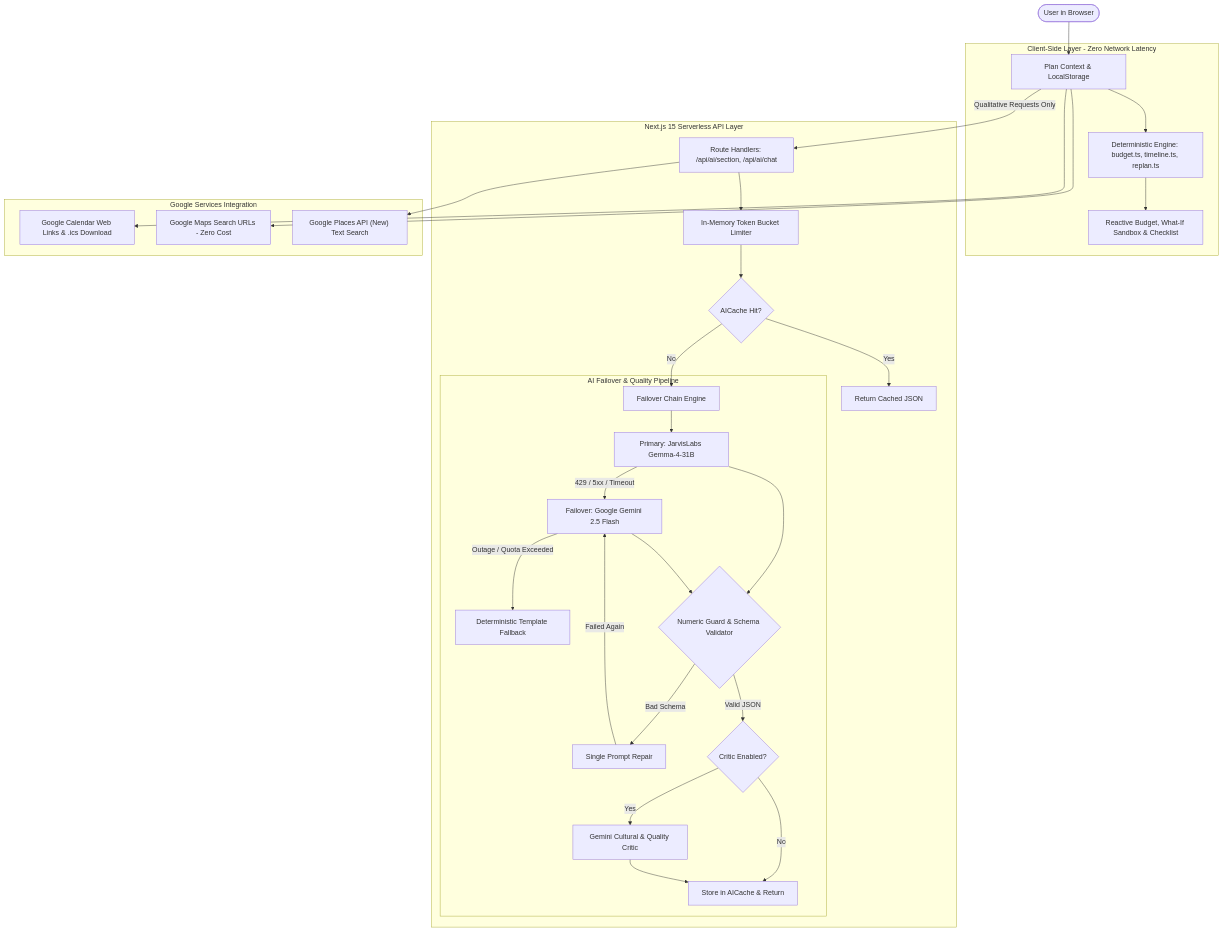
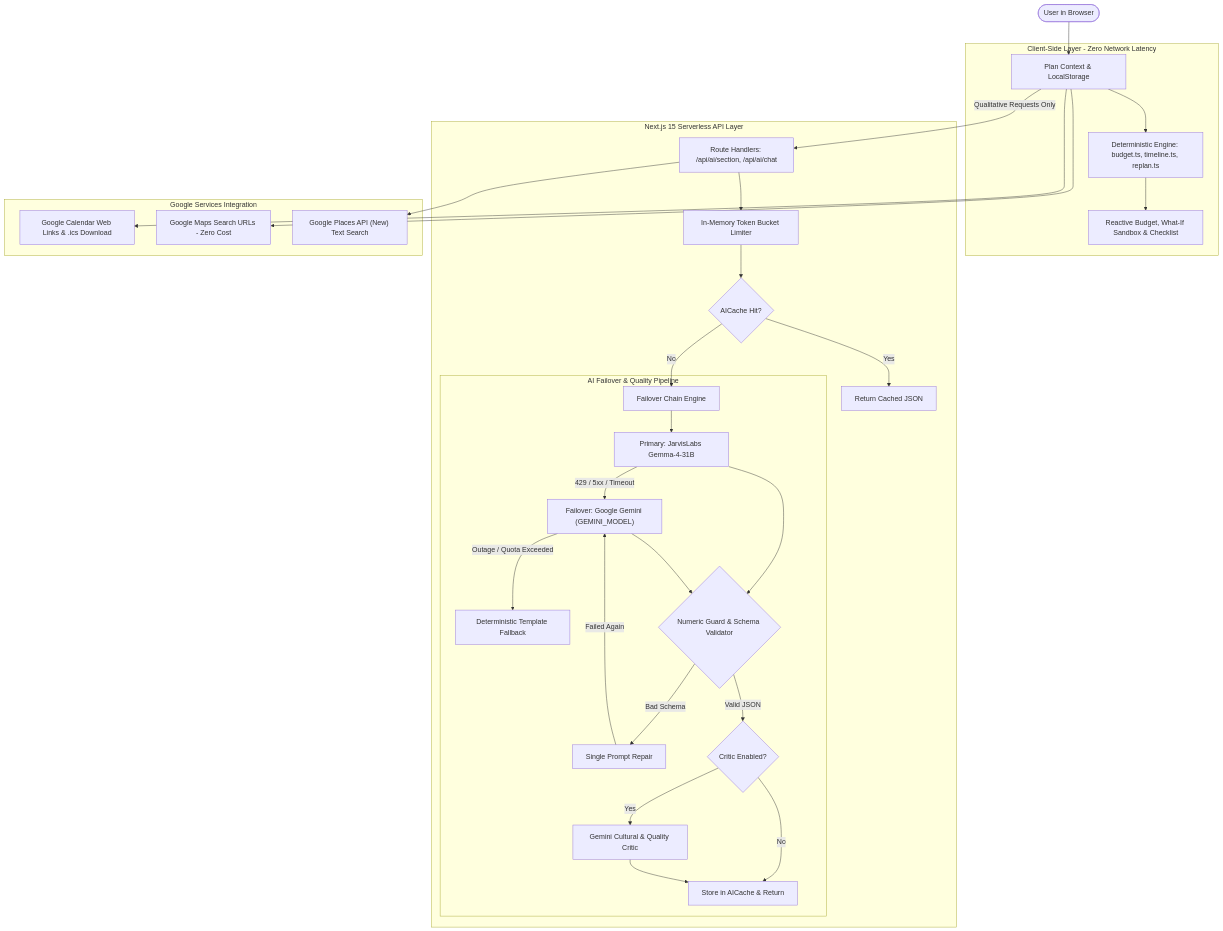
Before and after one commit to CodeCatalyst-07/utsav_planner: the diagram in README.md, drawn with Mermaid. The commit also changed other lines of this file and 2 other files, not shown here.

````diff
--- a/README.md
+++ b/README.md
@@ -55,38 +55,38 @@
 ```mermaid
 flowchart TD
     User(["User in Browser"]) --> ClientContext["Plan Context & LocalStorage"]
 
     subgraph ClientLayer ["Client-Side Layer - Zero Network Latency"]
         ClientContext --> PureRules["Deterministic Engine: budget.ts, timeline.ts, replan.ts"]
         PureRules --> LiveView["Reactive Budget, What-If Sandbox & Checklist"]
     end
 
     subgraph ServerAPILayer ["Next.js 15 Serverless API Layer"]
         ClientContext -->|Qualitative Requests Only| RouteHandlers["Route Handlers: /api/ai/section, /api/ai/chat"]
         RouteHandlers --> RateLimiter["In-Memory Token Bucket Limiter"]
         RateLimiter --> CacheCheck{"AICache Hit?"}
         CacheCheck -- Yes --> CachedResponse["Return Cached JSON"]
         CacheCheck -- No --> FailoverChain["Failover Chain Engine"]
 
         subgraph AIChain ["AI Failover & Quality Pipeline"]
             FailoverChain --> Jarvis["Primary: JarvisLabs Gemma-4-31B"]
-            Jarvis -- 429 / 5xx / Timeout --> Gemini["Failover: Google Gemini 2.5 Flash"]
+            Jarvis -- 429 / 5xx / Timeout --> Gemini["Failover: Google Gemini (GEMINI_MODEL)"]
             Gemini -- Outage / Quota Exceeded --> Fallback["Deterministic Template Fallback"]
 
             Jarvis --> OutputValidator{"Numeric Guard & Schema Validator"}
             Gemini --> OutputValidator
             OutputValidator -- Bad Schema --> RepairLoop["Single Prompt Repair"]
             RepairLoop -- Failed Again --> Gemini
             OutputValidator -- Valid JSON --> OptionalCritic{"Critic Enabled?"}
             OptionalCritic -- Yes --> GeminiCritic["Gemini Cultural & Quality Critic"]
             OptionalCritic -- No --> CacheStore["Store in AICache & Return"]
             GeminiCritic --> CacheStore
         end
     end
 
     subgraph GoogleServices ["Google Services Integration"]
         ClientContext --> GCal["Google Calendar Web Links & .ics Download"]
         ClientContext --> GMaps["Google Maps Search URLs - Zero Cost"]
         RouteHandlers --> GPlaces["Google Places API (New) Text Search"]
     end
 ```
````
